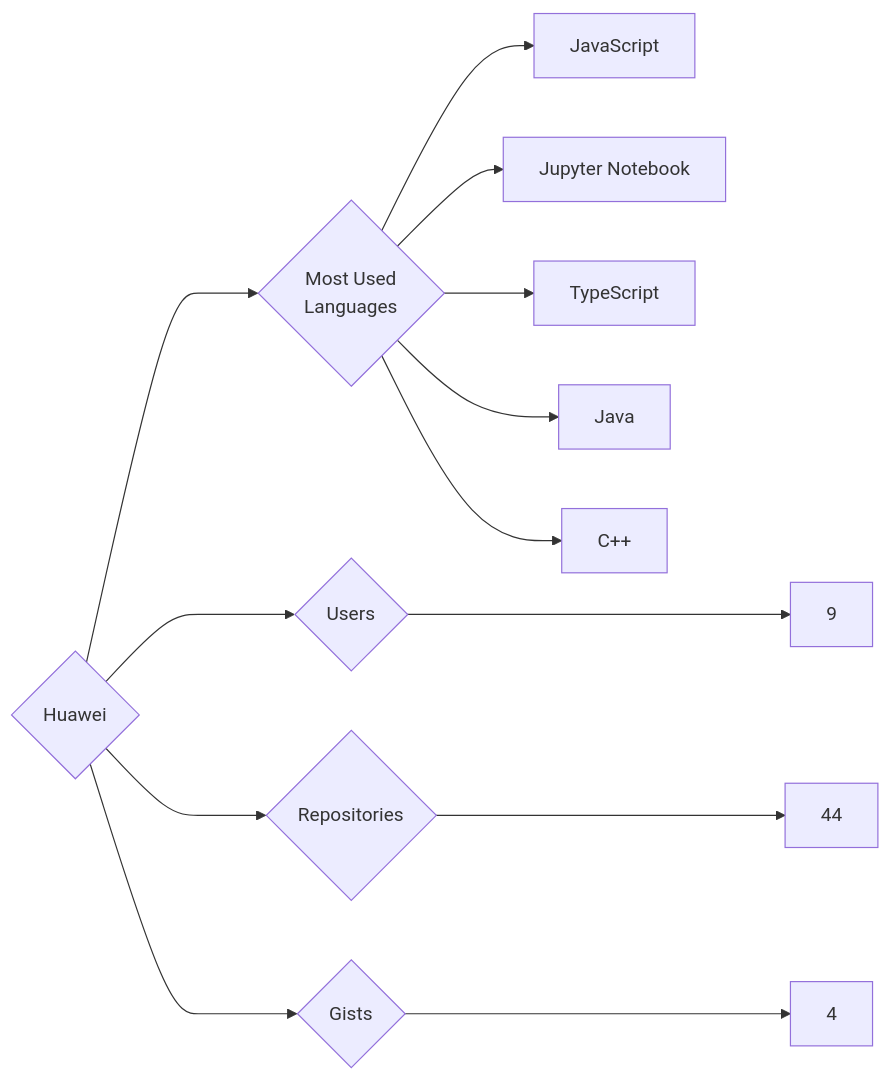
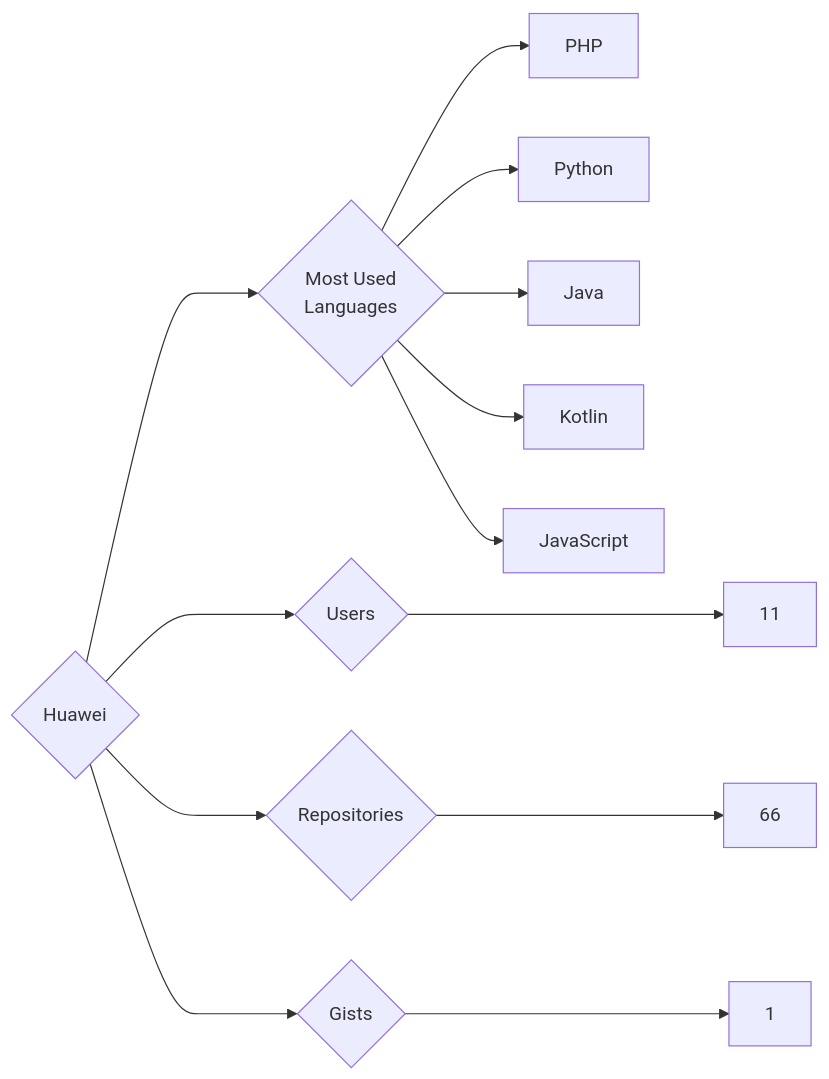
Before and after one commit to trickest/insiders: the diagram in targets/Huawei/README.md, drawn with Mermaid. The commit also changed 1167 other files, not shown here.

````diff
--- a/targets/Huawei/README.md
+++ b/targets/Huawei/README.md
@@ -3,13 +3,13 @@
 ```mermaid
 graph LR
 COMPANY_NAME{Huawei}
-COMPANY_NAME ---> U{Users} ---> UN[9]
-COMPANY_NAME ---> R{Repositories} ---> RN[44]
-COMPANY_NAME ---> G{Gists} ---> GN[4]
+COMPANY_NAME ---> U{Users} ---> UN[11]
+COMPANY_NAME ---> R{Repositories} ---> RN[66]
+COMPANY_NAME ---> G{Gists} ---> GN[1]
 COMPANY_NAME ---> ML{Most Used<br>Languages}
+ML --> PHP[PHP]
+ML --> Python[Python]
+ML --> Java[Java]
+ML --> Kotlin[Kotlin]
 ML --> JavaScript[JavaScript]
-ML --> Jupyter_Notebook[Jupyter Notebook]
-ML --> TypeScript[TypeScript]
-ML --> Java[Java]
-ML --> C++[C++]
 ```
````
